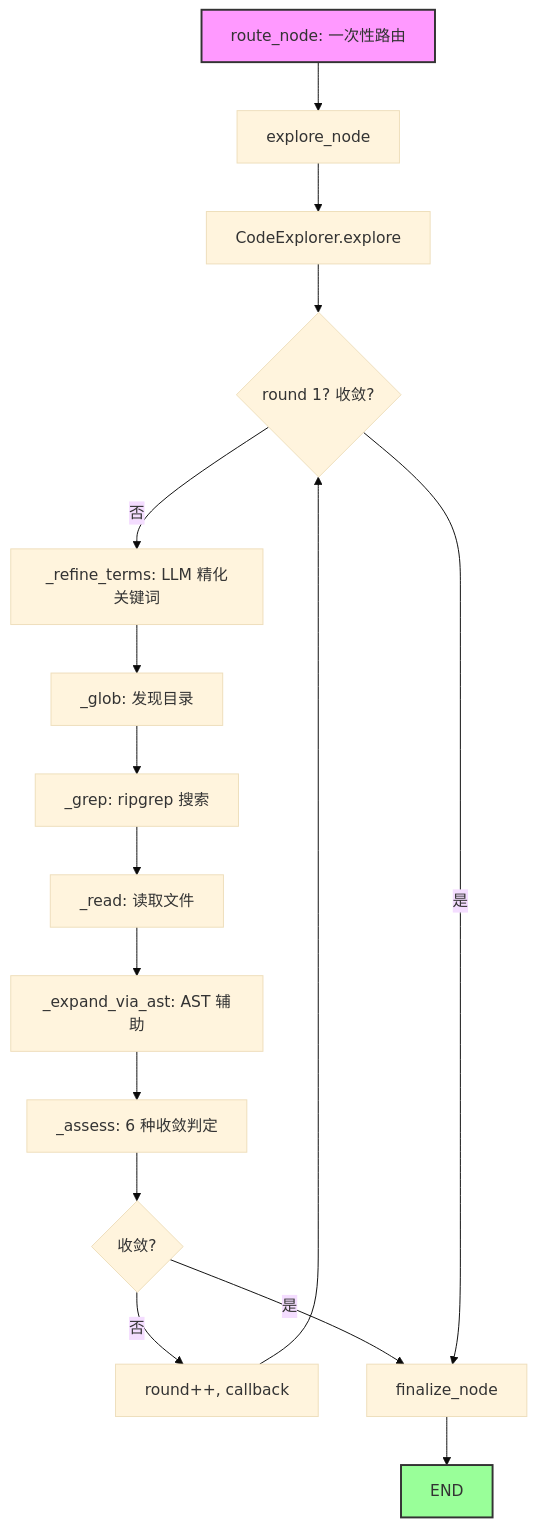
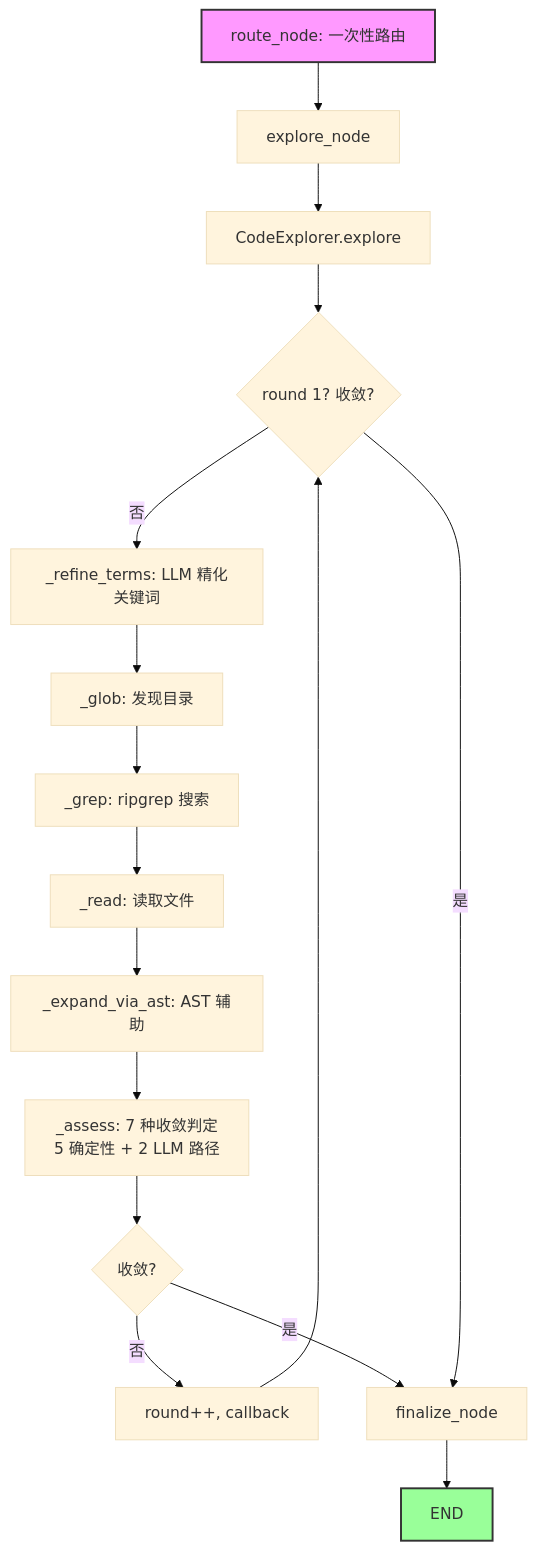
The first of 4 diagrams in docs/designs/SPMA-design-13-industry-research-code-location.md (leizhuang1332/SPMA), drawn with Mermaid (base theme) before and after one commit. The commit also changed other lines of this file, not shown here.

````diff
--- a/docs/designs/SPMA-design-13-industry-research-code-location.md
+++ b/docs/designs/SPMA-design-13-industry-research-code-location.md
@@ -631,21 +737,21 @@
 ```mermaid
 flowchart TD
     A[route_node: 一次性路由] --> B[explore_node]
     B --> C[CodeExplorer.explore]
     C --> D{round 1? 收敛?}
     D -->|否| E[_refine_terms: LLM 精化关键词]
     E --> F[_glob: 发现目录]
     F --> G[_grep: ripgrep 搜索]
     G --> H[_read: 读取文件]
     H --> I[_expand_via_ast: AST 辅助]
-    I --> J[_assess: 6 种收敛判定]
+    I --> J[_assess: 7 种收敛判定<br/>5 确定性 + 2 LLM 路径]
     J --> K{收敛?}
     K -->|否| L[round++, callback]
     L --> D
     K -->|是| M[finalize_node]
     D -->|是| M
     M --> N[END]
 
     style A fill:#f9f,stroke:#333,stroke-width:2px
     style N fill:#9f9,stroke:#333,stroke-width:2px
 ```
````
